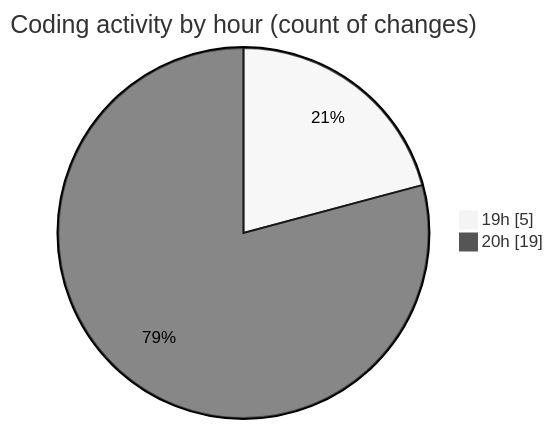
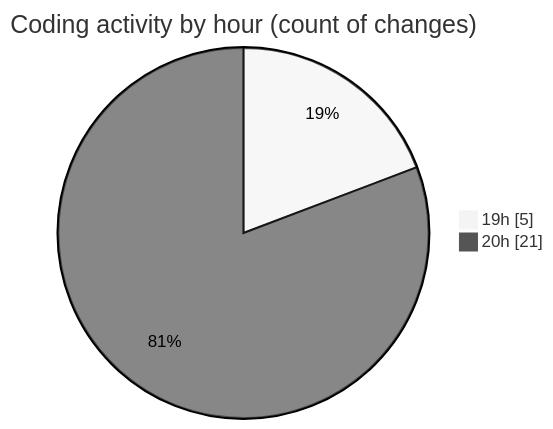
One commit to Netris89/code-tracking changed the second of 2 diagrams in 2025-04-25/echo/README.md. Above: the diagram before and after it, drawn with Mermaid (neutral theme). The commit also changed other lines of this file and 1 other file, not shown here.

````diff
--- a/2025-04-25/echo/README.md
+++ b/2025-04-25/echo/README.md
@@ -30,6 +30,6 @@
 ```mermaid
 pie showData
 title Coding activity by hour (count of changes)
 "19h" : 5
-"20h" : 19
+"20h" : 21
 ```
````
